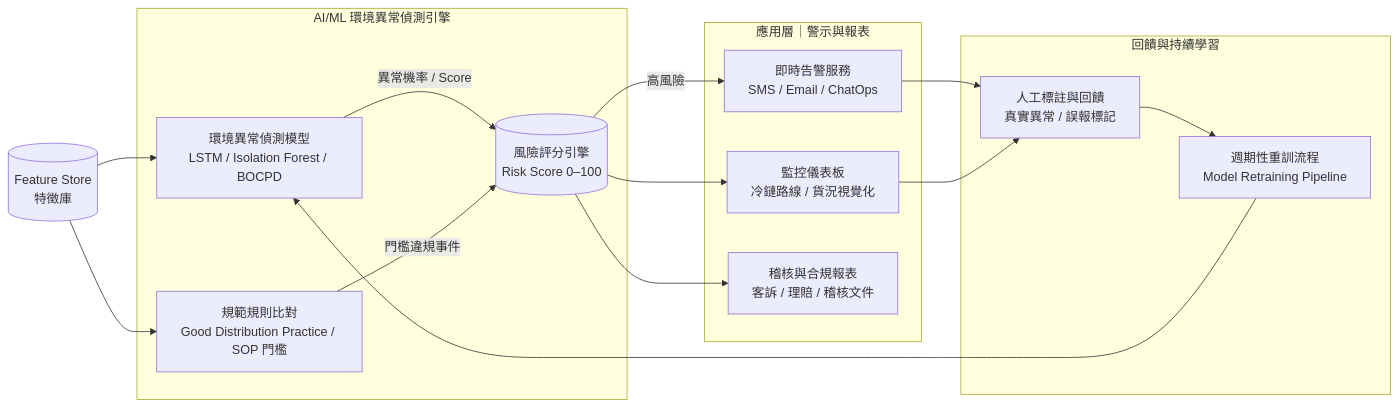
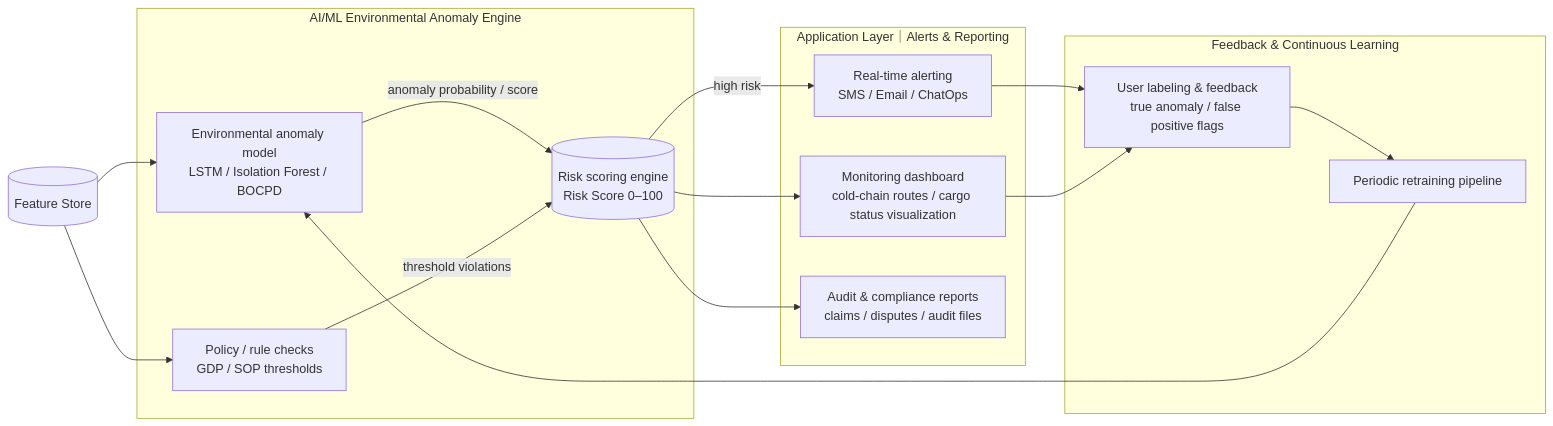
Before and after one commit to jshuo/ai-moea-proposal: the sixth of 10 diagrams in proposal/ItracXing-Arviem-Taiwan-MOEA-Subsidy-Application.md, drawn with Mermaid. The commit also changed other lines of this file and 1 other file, not shown here.

Commit message:
Refactor diagrams and text for clarity and consistency in the AI Application Acceleration Program proposal

````diff
--- a/proposal/ItracXing-Arviem-Taiwan-MOEA-Subsidy-Application.md
+++ b/proposal/ItracXing-Arviem-Taiwan-MOEA-Subsidy-Application.md
@@ -767,40 +767,40 @@
 ```mermaid
 flowchart LR
-  %% 下游：AI/ML、應用層與回饋（由「特徵庫」作為輸入）
+  %% Downstream: AI/ML, Applications, Feedback (Feature Store as input)
 
-  T_STORE[(Feature Store<br/>特徵庫)]
+  T_STORE[(Feature Store)]
 
-  subgraph AIML["AI/ML 環境異常偵測引擎"]
-    T_MODEL[環境異常偵測模型<br/>LSTM / Isolation Forest / BOCPD]
-    T_RULE[規範規則比對<br/>Good Distribution Practice / SOP 門檻]
-    T_SCORE[(風險評分引擎<br/>Risk Score 0–100)]
+  subgraph AIML["AI/ML Environmental Anomaly Engine"]
+    T_MODEL[Environmental anomaly model<br/>LSTM / Isolation Forest / BOCPD]
+    T_RULE[Policy / rule checks<br/>GDP / SOP thresholds]
+    T_SCORE[(Risk scoring engine<br/>Risk Score 0–100)]
   end
 
-  subgraph APPS["應用層｜警示與報表"]
-    T_ALERT[即時告警服務<br/>SMS / Email / ChatOps]
-    T_DASH[監控儀表板<br/>冷鏈路線 / 貨況視覺化]
-    T_REPORT[稽核與合規報表<br/>客訴 / 理賠 / 稽核文件]
+  subgraph APPS["Application Layer｜Alerts & Reporting"]
+    T_ALERT[Real-time alerting<br/>SMS / Email / ChatOps]
+    T_DASH[Monitoring dashboard<br/>cold-chain routes / cargo status visualization]
+    T_REPORT[Audit & compliance reports<br/>claims / disputes / audit files]
   end
 
-  subgraph FEEDBACK["回饋與持續學習"]
-    T_LABEL[人工標註與回饋<br/>真實異常 / 誤報標記]
-    T_RETRAIN[週期性重訓流程<br/>Model Retraining Pipeline]
+  subgraph FEEDBACK["Feedback & Continuous Learning"]
+    T_LABEL[User labeling & feedback<br/>true anomaly / false positive flags]
+    T_RETRAIN[Periodic retraining pipeline]
   end
 
-  %% Data flow（下游）
+  %% Data flow (downstream)
   T_STORE --> T_MODEL
   T_STORE --> T_RULE
 
-  T_MODEL -->|異常機率 / Score| T_SCORE
-  T_RULE -->|門檻違規事件| T_SCORE
+  T_MODEL -->|anomaly probability / score| T_SCORE
+  T_RULE -->|threshold violations| T_SCORE
 
-  T_SCORE -->|高風險| T_ALERT
+  T_SCORE -->|high risk| T_ALERT
   T_SCORE --> T_DASH
   T_SCORE --> T_REPORT
 
   %% Feedback loop
   T_ALERT --> T_LABEL
   T_DASH --> T_LABEL
   T_LABEL --> T_RETRAIN
   T_RETRAIN --> T_MODEL
 ```
````
